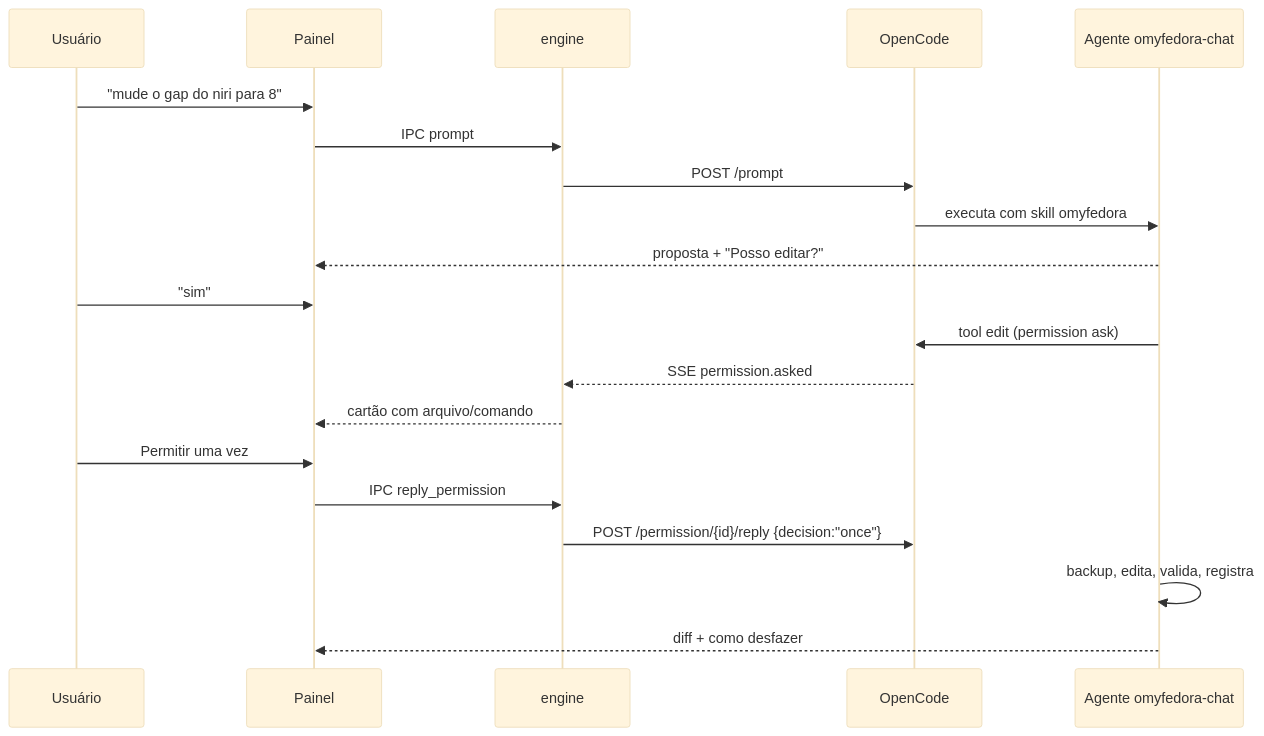
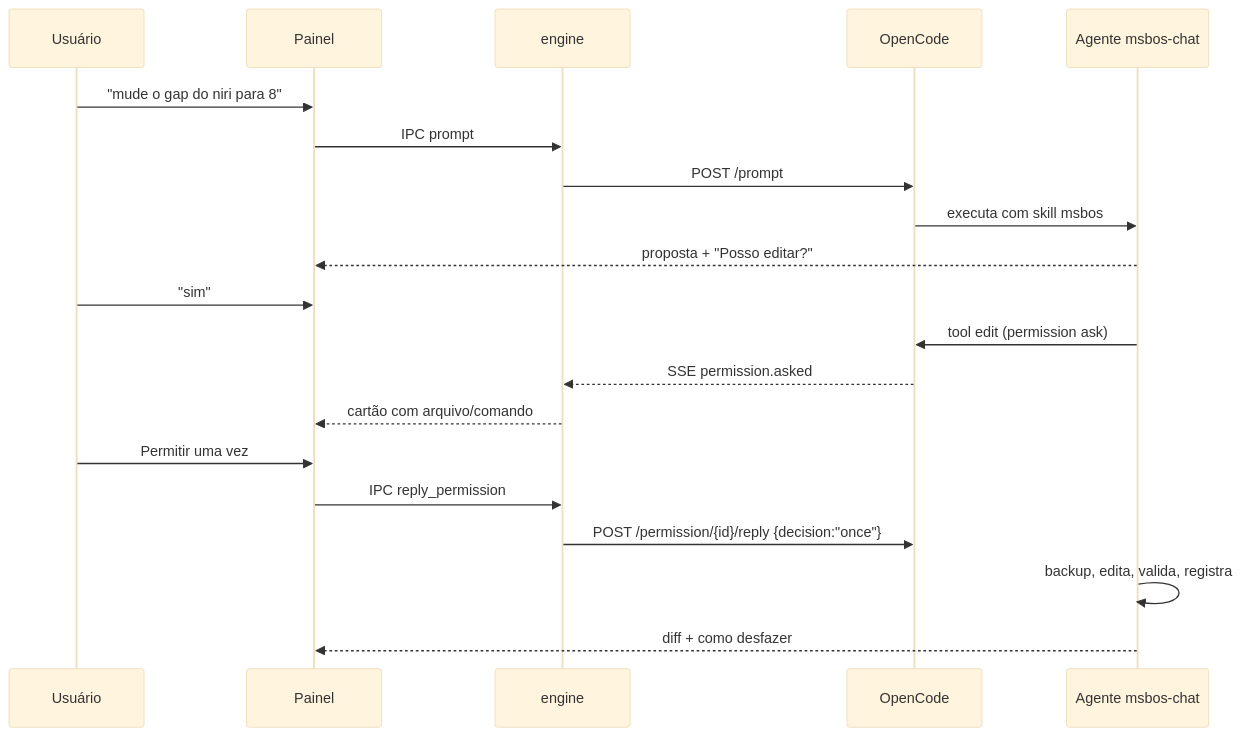
One commit to marcos2872/msbos-ai-chat changed the third of 6 diagrams in MAPEAMENTO.md. Above: the diagram before and after it, drawn with Mermaid (base theme). The commit also changed other lines of this file and 25 other files, not shown here.

First line of the commit message:
refactor: renomeia o plugin para msbos-ai-chat

````diff
--- a/MAPEAMENTO.md
+++ b/MAPEAMENTO.md
@@ -365,23 +365,23 @@
 ```mermaid
 sequenceDiagram
     participant U as Usuário
     participant P as Painel
     participant E as engine
     participant OC as OpenCode
-    participant A as Agente omyfedora-chat
+    participant A as Agente msbos-chat
 
     U->>P: "mude o gap do niri para 8"
     P->>E: IPC prompt
     E->>OC: POST /prompt
-    OC->>A: executa com skill omyfedora
+    OC->>A: executa com skill msbos
     A-->>P: proposta + "Posso editar?"
     U->>P: "sim"
     A->>OC: tool edit (permission ask)
     OC-->>E: SSE permission.asked
     E-->>P: cartão com arquivo/comando
     U->>P: Permitir uma vez
     P->>E: IPC reply_permission
     E->>OC: POST /permission/{id}/reply {decision:"once"}
     A->>A: backup, edita, valida, registra
     A-->>P: diff + como desfazer
 ```
````
